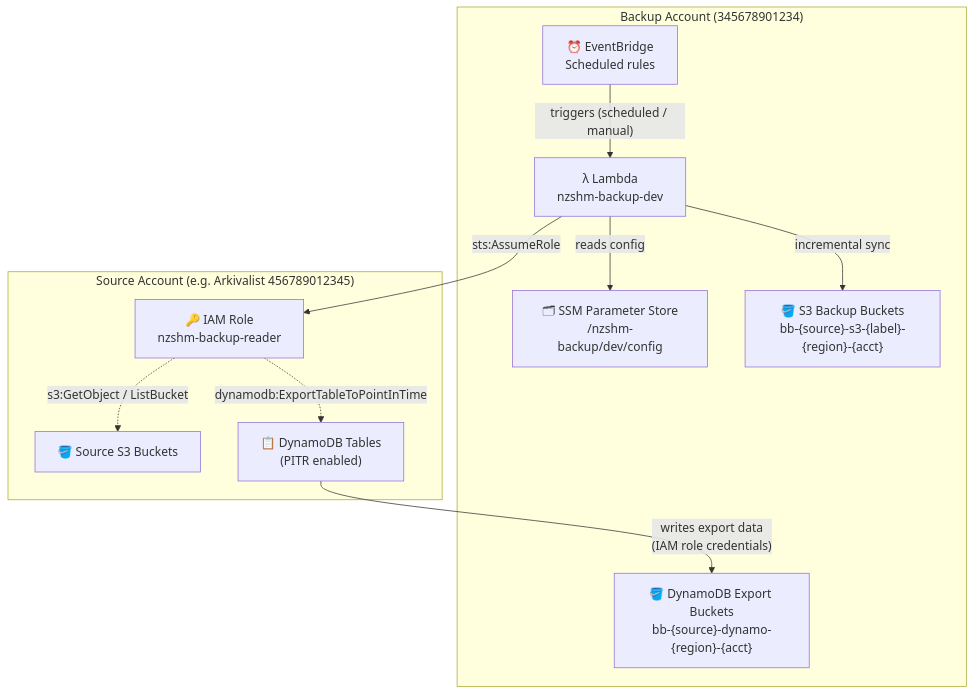
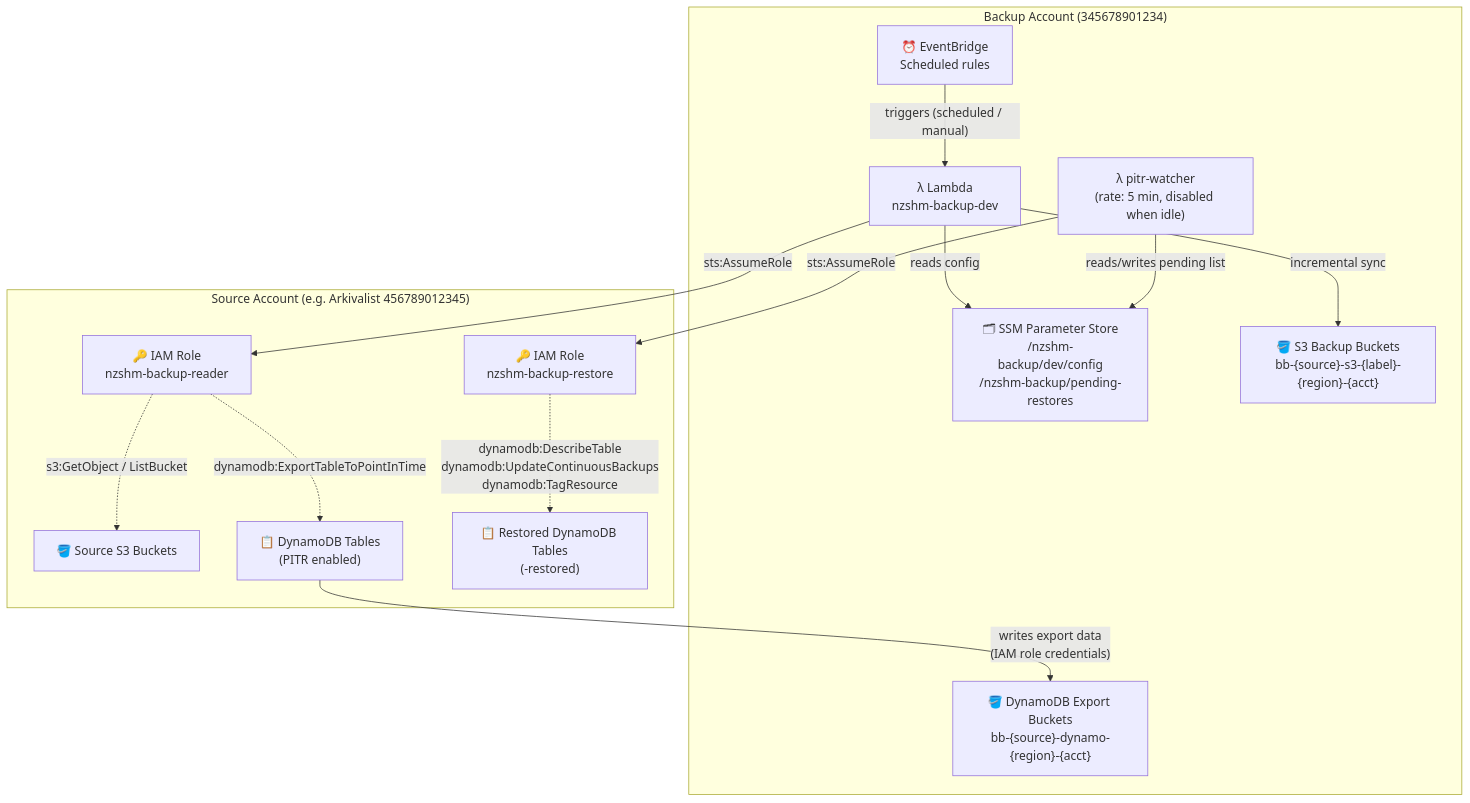
The first of 3 diagrams in docs/architecture/overview.md (GNS-Science/aws-snapshot), drawn with Mermaid before and after one commit. The commit also changed other lines of this file, not shown here.

Commit message:
docs: add restore flow to architecture overview — diagram, sequence, IAM roles

````diff
--- a/docs/architecture/overview.md
+++ b/docs/architecture/overview.md
@@ -8,24 +13,31 @@
 ```mermaid
 graph TB
     subgraph backup["Backup Account (345678901234)"]
         EB["⏰ EventBridge\nScheduled rules"]
         L["λ Lambda\nnzshm-backup-dev"]
-        SSM["🗂 SSM Parameter Store\n/nzshm-backup/dev/config"]
+        PW["λ pitr-watcher\n(rate: 5 min, disabled when idle)"]
+        SSM["🗂 SSM Parameter Store\n/nzshm-backup/dev/config\n/nzshm-backup/pending-restores"]
         S3BB["🪣 S3 Backup Buckets\nbb-{source}-s3-{label}-{region}-{acct}"]
         S3DY["🪣 DynamoDB Export Buckets\nbb-{source}-dynamo-{region}-{acct}"]
     end
 
     subgraph source["Source Account (e.g. Arkivalist 456789012345)"]
-        ROLE["🔑 IAM Role\nnzshm-backup-reader"]
+        READER["🔑 IAM Role\nnzshm-backup-reader"]
+        RESTORE["🔑 IAM Role\nnzshm-backup-restore"]
         S3SRC["🪣 Source S3 Buckets"]
         DDB["📋 DynamoDB Tables\n(PITR enabled)"]
+        DDB2["📋 Restored DynamoDB Tables\n(<name>-restored)"]
     end
 
     EB -->|"triggers (scheduled / manual)"| L
     L -->|"reads config"| SSM
-    L -->|"sts:AssumeRole"| ROLE
-    ROLE -.->|"s3:GetObject / ListBucket"| S3SRC
+    L -->|"sts:AssumeRole"| READER
+    READER -.->|"s3:GetObject / ListBucket"| S3SRC
     L -->|"incremental sync"| S3BB
-    ROLE -.->|"dynamodb:ExportTableToPointInTime"| DDB
+    READER -.->|"dynamodb:ExportTableToPointInTime"| DDB
     DDB -->|"writes export data\n(IAM role credentials)"| S3DY
+
+    PW -->|"reads/writes pending list"| SSM
+    PW -->|"sts:AssumeRole"| RESTORE
+    RESTORE -.->|"dynamodb:DescribeTable\ndynamodb:UpdateContinuousBackups\ndynamodb:TagResource"| DDB2
 ```
````
